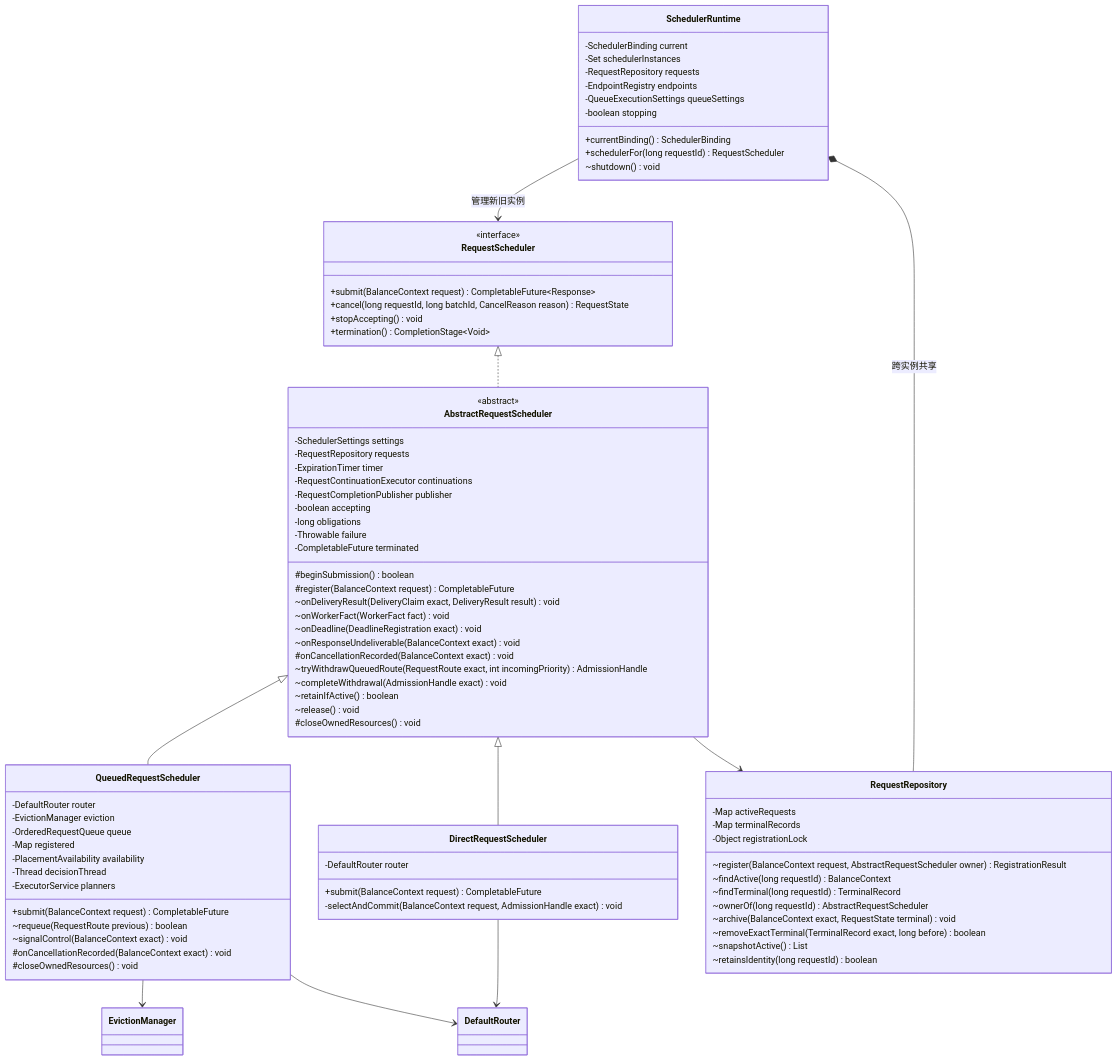
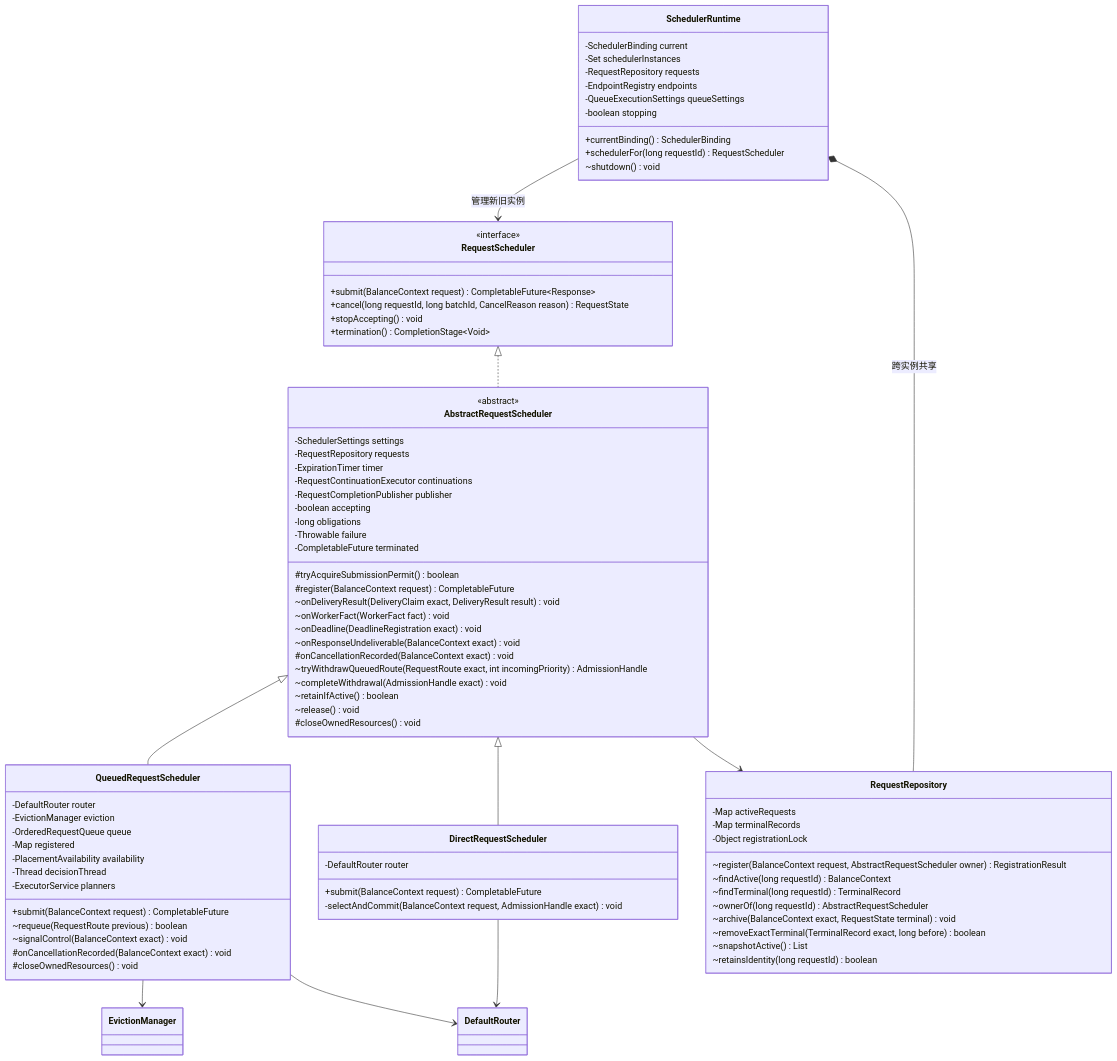
Before and after one commit to MincongZhou/rtp-llm: the first of 2 diagrams in rtp_llm/flexlb/docs/scheduler-design/target-class-api-review.md, drawn with Mermaid. The commit also changed other lines of this file and 36 other files, not shown here.

```diff
--- a/rtp_llm/flexlb/docs/scheduler-design/target-class-api-review.md
+++ b/rtp_llm/flexlb/docs/scheduler-design/target-class-api-review.md
@@ -46,7 +46,7 @@
         -long obligations
         -Throwable failure
         -CompletableFuture terminated
-        #beginSubmission() boolean
+        #tryAcquireSubmissionPermit() boolean
         #register(BalanceContext request) CompletableFuture
         ~onDeliveryResult(DeliveryClaim exact, DeliveryResult result) void
         ~onWorkerFact(WorkerFact fact) void
```
